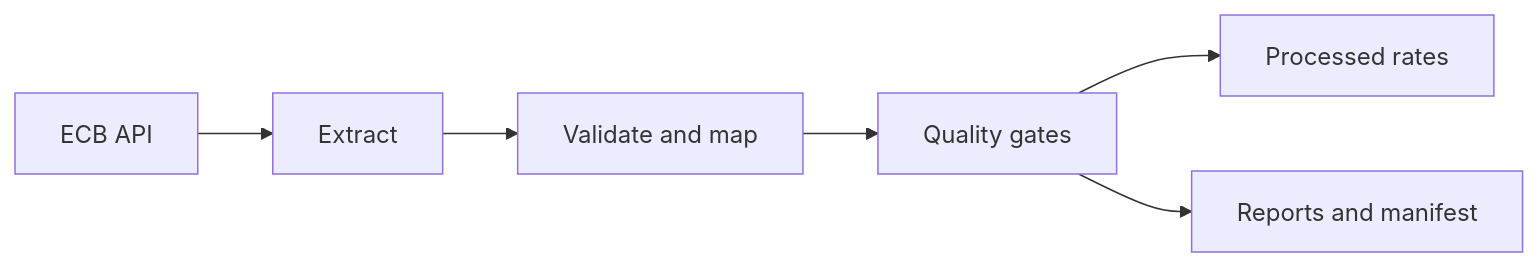
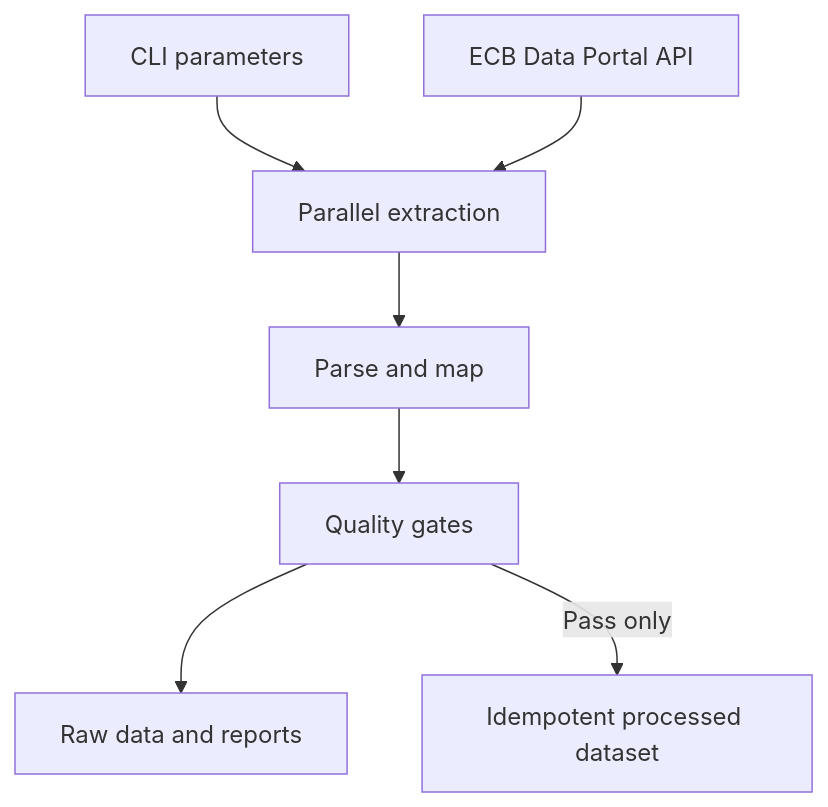
Before and after one commit to gbadedata/ecb-market-data-pipeline: the diagram in README.md, drawn with Mermaid. The commit also changed other lines of this file, not shown here.

````diff
--- a/README.md
+++ b/README.md
@@ -25,8 +30,9 @@
 ```mermaid
-flowchart LR
-    A[ECB API] --> B[Extract]
-    B --> C[Validate and map]
-    C --> D[Quality gates]
-    D --> E[Processed rates]
-    D --> F[Reports and manifest]
+flowchart TD
+    A[CLI parameters] --> C[Parallel extraction]
+    B[ECB Data Portal API] --> C
+    C --> D[Parse and map]
+    D --> E[Quality gates]
+    E --> F[Raw data and reports]
+    E -->|Pass only| G[Idempotent processed dataset]
 ```
````
